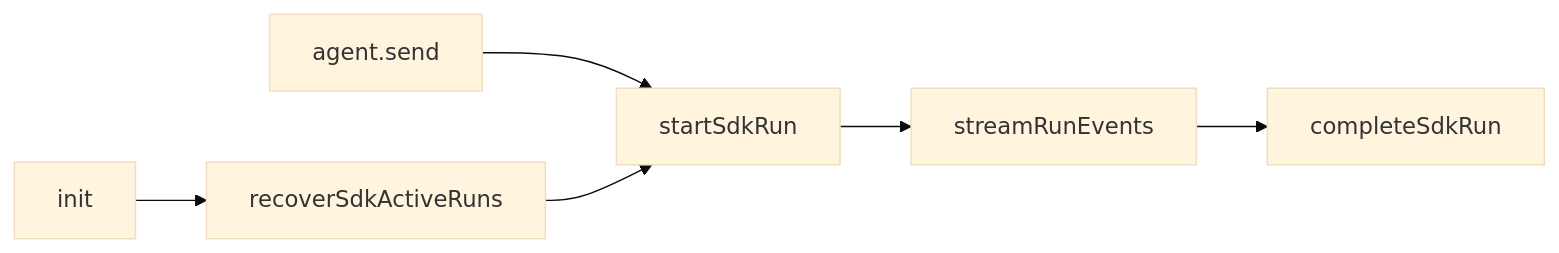
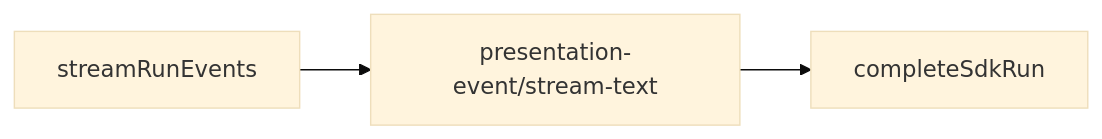
Before and after one commit to suveng/cursor-claw: the diagram in knowledge/业务域/Agent调度/06-CursorSDK执行引擎.md, drawn with Mermaid (base theme). The commit also changed other lines of this file and 19 other files, not shown here.

````diff
--- a/knowledge/业务域/Agent调度/06-CursorSDK执行引擎.md
+++ b/knowledge/业务域/Agent调度/06-CursorSDK执行引擎.md
@@ -38,8 +29,5 @@
 ```mermaid
 flowchart LR
-  send[agent.send] --> start[startSdkRun]
-  start --> stream[streamRunEvents]
-  stream --> done[completeSdkRun]
-  boot[init] --> recover[recoverSdkActiveRuns]
-  recover --> start
+  stream[streamRunEvents] --> pres[presentation-event/stream-text]
+  pres --> done[completeSdkRun]
 ```
````
